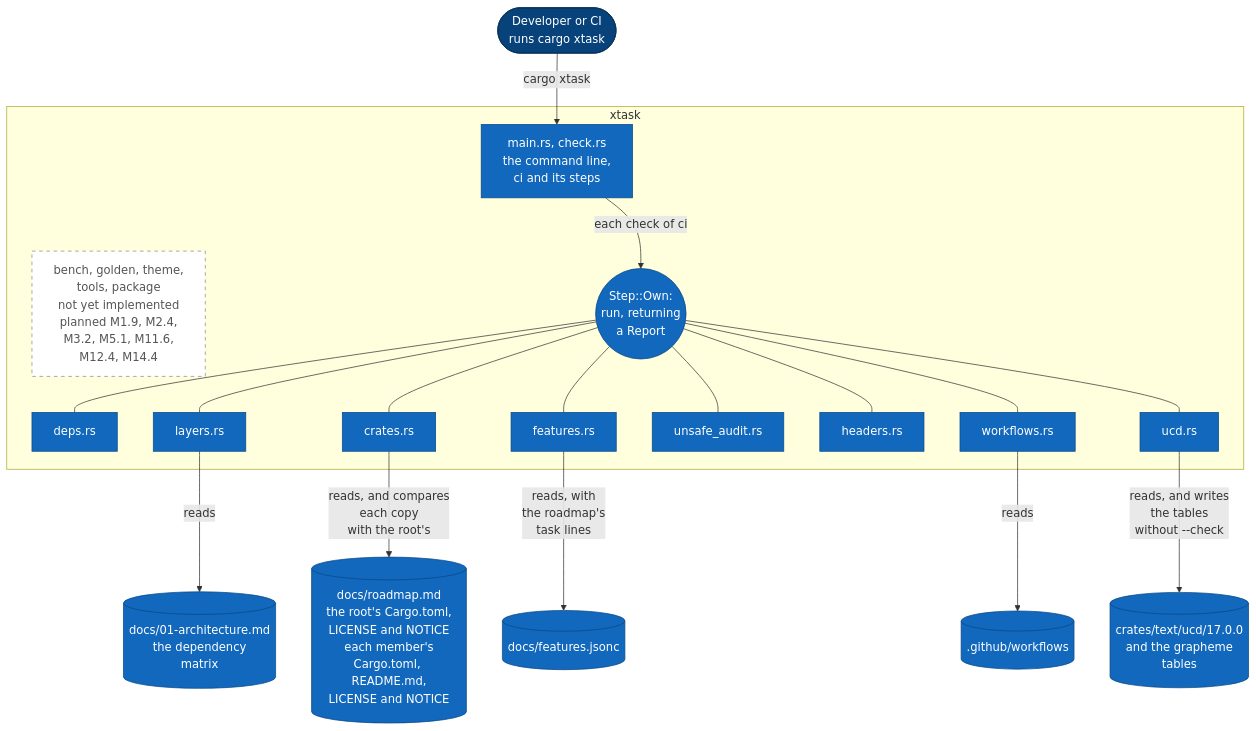
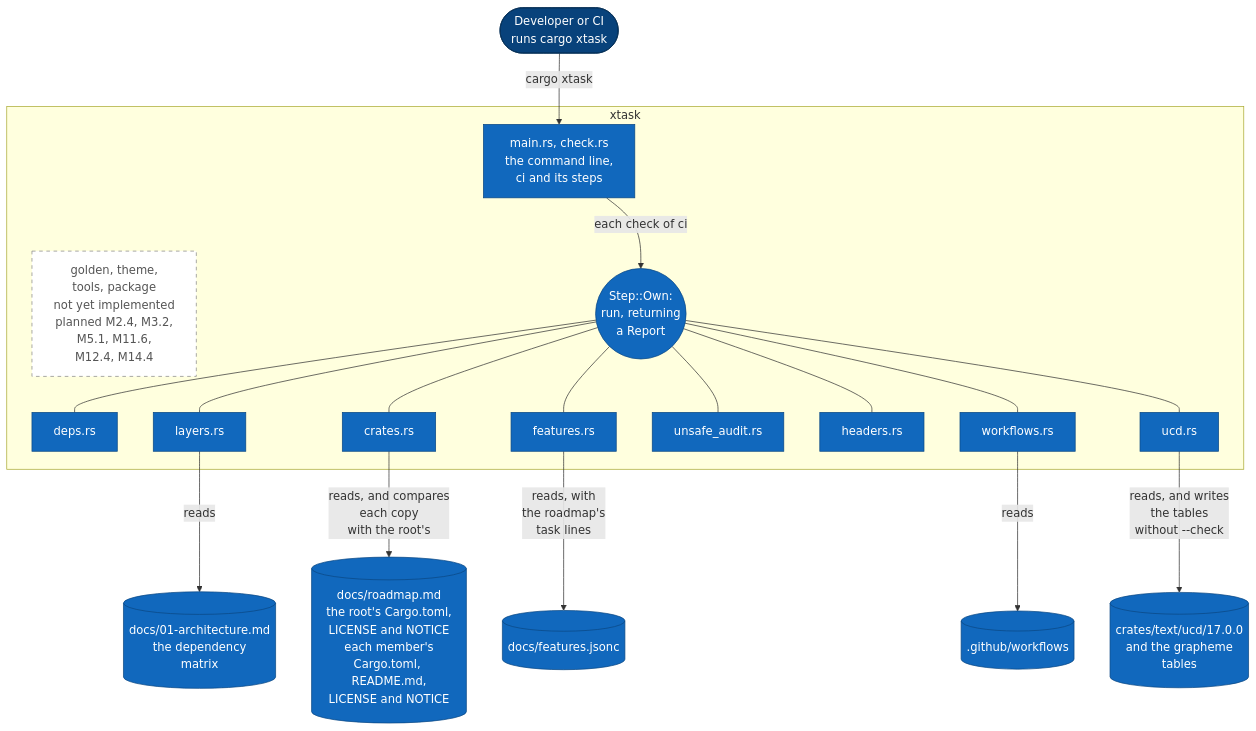
One commit to jabbott-iii/Tidepool changed diagram 17 of 21 in diagrams/component-diagrams.md. Above: the diagram before and after it, drawn with Mermaid. The commit also changed other lines of this file and 30 other files, not shown here.

````diff
--- a/diagrams/component-diagrams.md
+++ b/diagrams/component-diagrams.md
@@ -925,52 +926,52 @@
 ```mermaid
 flowchart TB
     p_dev(["Developer or CI<br/>runs cargo xtask"])
 
     subgraph sg_xtask["xtask"]
         c_main["main.rs, check.rs<br/>the command line,<br/>ci and its steps"]
-        c_later["bench, golden, theme,<br/>tools, package<br/>not yet implemented<br/>planned M1.9, M2.4,<br/>M3.2, M5.1, M11.6,<br/>M12.4, M14.4"]
+        c_later["golden, theme,<br/>tools, package<br/>not yet implemented<br/>planned M2.4, M3.2,<br/>M5.1, M11.6,<br/>M12.4, M14.4"]
         i_step(("Step::Own:<br/>run, returning<br/>a Report"))
         c_deps["deps.rs"]
         c_layers["layers.rs"]
         c_crates["crates.rs"]
         c_features["features.rs"]
         c_unsafe["unsafe_audit.rs"]
         c_headers["headers.rs"]
         c_workflows["workflows.rs"]
         c_ucd["ucd.rs"]
     end
     %% An invisible link: it only keeps the planned commands beside the step circle.
     c_main ~~~ c_later
 
     f_matrix[("docs/01-architecture.md<br/>the dependency<br/>matrix")]
     f_readmes[("docs/roadmap.md<br/>the root's Cargo.toml,<br/>LICENSE and NOTICE<br/>each member's<br/>Cargo.toml, README.md,<br/>LICENSE and NOTICE")]
     f_ucd[("crates/text/ucd/17.0.0<br/>and the grapheme<br/>tables")]
     f_workflows[(".github/workflows")]
     f_features[("docs/features.jsonc")]
 
     p_dev -->|"cargo xtask"| c_main
     c_main -->|"each check of ci"| i_step
     i_step --- c_deps
     i_step --- c_layers
     i_step --- c_crates
     i_step --- c_features
     i_step --- c_unsafe
     i_step --- c_headers
     i_step --- c_workflows
     i_step --- c_ucd
 
     c_layers -->|"reads"| f_matrix
     c_crates -->|"reads, and compares<br/>each copy<br/>with the root's"| f_readmes
     c_ucd -->|"reads, and writes<br/>the tables<br/>without --check"| f_ucd
     c_workflows -->|"reads"| f_workflows
     c_features -->|"reads, with<br/>the roadmap's<br/>task lines"| f_features
 
     classDef person fill:#08427b,stroke:#052e56,color:#ffffff
     classDef built fill:#1168bd,stroke:#0b4884,color:#ffffff
     classDef planned fill:#ffffff,stroke:#888888,stroke-dasharray: 5 5,color:#555555
     classDef store fill:#1168bd,stroke:#0b4884,color:#ffffff
     class p_dev person
     class c_main,i_step,c_deps,c_layers,c_crates,c_features,c_unsafe,c_headers,c_workflows,c_ucd built
     class c_later planned
     class f_matrix,f_readmes,f_ucd,f_workflows,f_features store
 ```
````
